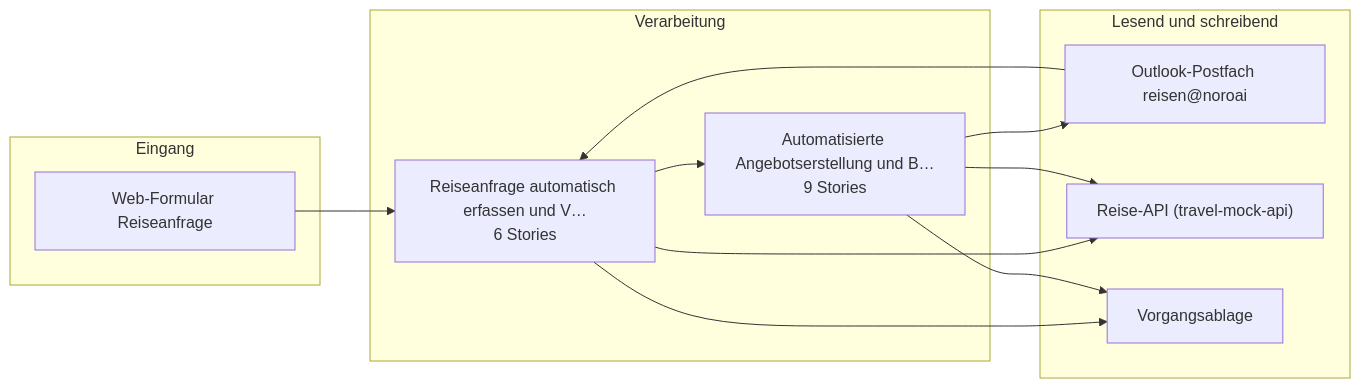
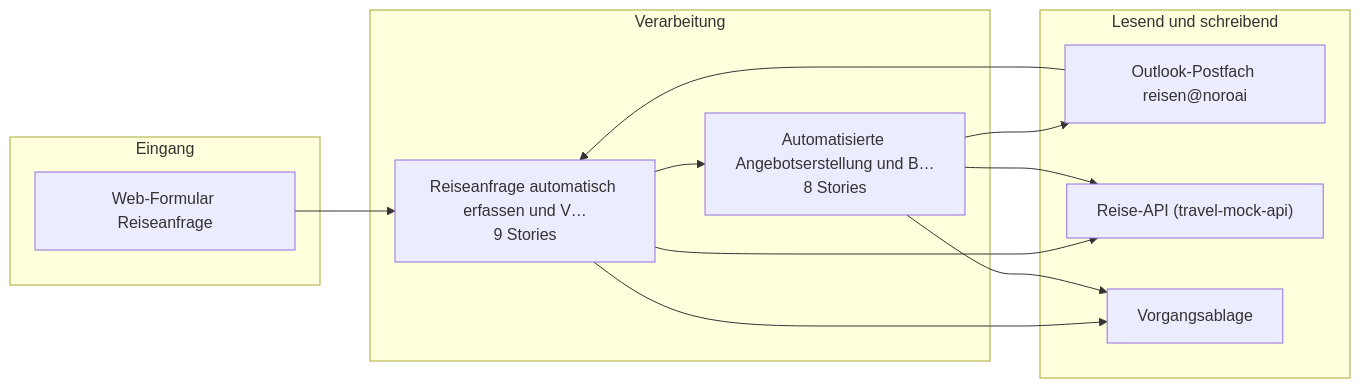
Before and after one commit to pg-coe-kmu/coe-factory: the diagram in contracts/bc3-to-bc4/uc1-reisebuchung/architecture.md, drawn with Mermaid. The commit also changed other lines of this file and 4 other files, not shown here.

````diff
--- a/contracts/bc3-to-bc4/uc1-reisebuchung/architecture.md
+++ b/contracts/bc3-to-bc4/uc1-reisebuchung/architecture.md
@@ -12,23 +12,23 @@
 ```mermaid
 flowchart LR
   subgraph Eingang
     s1WebFormularR["Web-Formular Reiseanfrage"]
   end
   subgraph Verarbeitung
-    e0Reiseanfrage["Reiseanfrage automatisch erfassen und V…<br/>6 Stories"]
-    e1Automatisier["Automatisierte Angebotserstellung und B…<br/>9 Stories"]
+    e0Reiseanfrage["Reiseanfrage automatisch erfassen und V…<br/>9 Stories"]
+    e1Automatisier["Automatisierte Angebotserstellung und B…<br/>8 Stories"]
   end
   subgraph "Lesend und schreibend"
     s0OutlookPostf["Outlook-Postfach reisen@noroai"]
     s2ReiseAPItrav["Reise-API (travel-mock-api)"]
     s3Vorgangsabla["Vorgangsablage"]
   end
   s0OutlookPostf --> e0Reiseanfrage
   e1Automatisier --> s0OutlookPostf
   s1WebFormularR --> e0Reiseanfrage
   e0Reiseanfrage --> s2ReiseAPItrav
   e1Automatisier --> s2ReiseAPItrav
   e0Reiseanfrage --> s3Vorgangsabla
   e1Automatisier --> s3Vorgangsabla
   e0Reiseanfrage --> e1Automatisier
 ```
````
